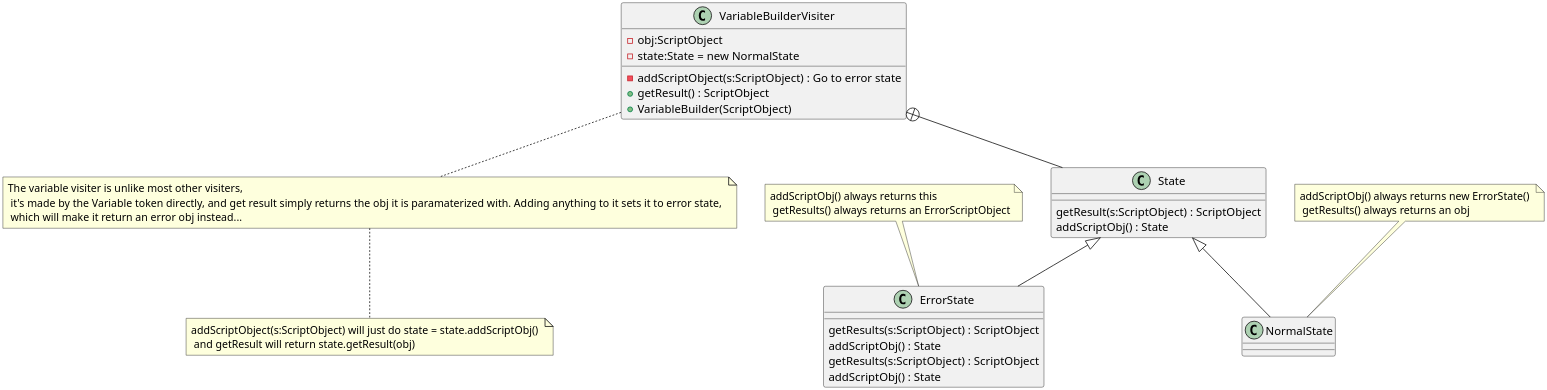
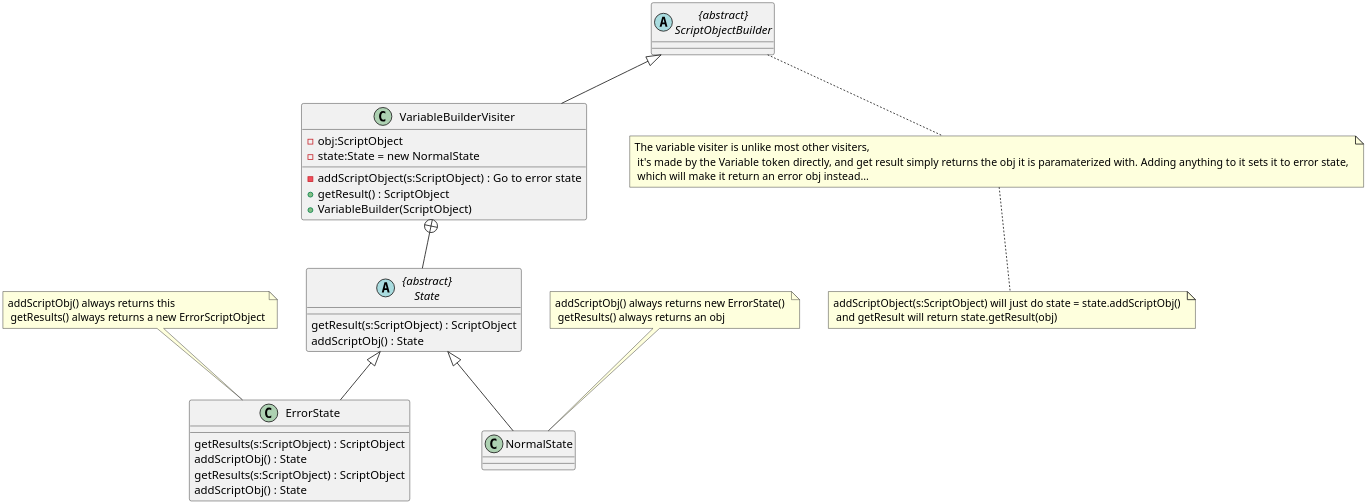
The third of 3 diagrams in ScriptEvaluatorUML.org (MatthewBregg/DesignPatternsRepo), drawn with PlantUML before and after one commit. The commit also changed other lines of this file and 3 other files, not shown here.

```diff
--- a/ScriptEvaluatorUML.org
+++ b/ScriptEvaluatorUML.org
@@ -660,33 +787,39 @@
   #+BEGIN_SRC plantuml :file Variablebuilder.png
 skinparam dpi 300
 class VariableBuilderVisiter
+
+abstract class ScriptObjectBuilder as "{abstract}\nScriptObjectBuilder"
+
+ScriptObjectBuilder <|-- VariableBuilderVisiter
+
 VariableBuilderVisiter : -addScriptObject(s:ScriptObject) : Go to error state
 VariableBuilderVisiter : +getResult() : ScriptObject 
 VariableBuilderVisiter : -obj:ScriptObject
 VariableBuilderVisiter : -state:State = new NormalState
 VariableBuilderVisiter : +VariableBuilder(ScriptObject)
 
 note bottom : The variable visiter is unlike most other visiters,\n it's made by the Variable token directly, and get result simply returns the obj it is paramaterized with. Adding anything to it sets it to error state, \n which will make it return an error obj instead...
 note bottom : addScriptObject(s:ScriptObject) will just do state = state.addScriptObj() \n and getResult will return state.getResult(obj)
-class State 
+
+abstract class State as "{abstract}\nState"
 State : getResult(s:ScriptObject) : ScriptObject
 State : addScriptObj() : State
 
 VariableBuilderVisiter +-- State
 
 class ErrorState 
 ErrorState : getResults(s:ScriptObject) : ScriptObject
 ErrorState : addScriptObj() : State 
 
-note top : addScriptObj() always returns this \n getResults() always returns an ErrorScriptObject
+note top : addScriptObj() always returns this \n getResults() always returns a new ErrorScriptObject
 
 class NormalState 
 ErrorState : getResults(s:ScriptObject) : ScriptObject
 ErrorState : addScriptObj() : State 
 
 State <|-- ErrorState
 State <|-- NormalState
 
 note top : addScriptObj() always returns new ErrorState() \n getResults() always returns an obj
 
   #+END_SRC
```
